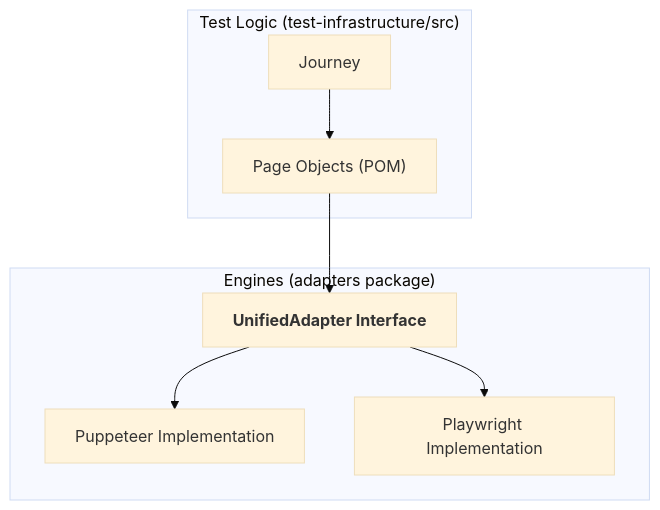
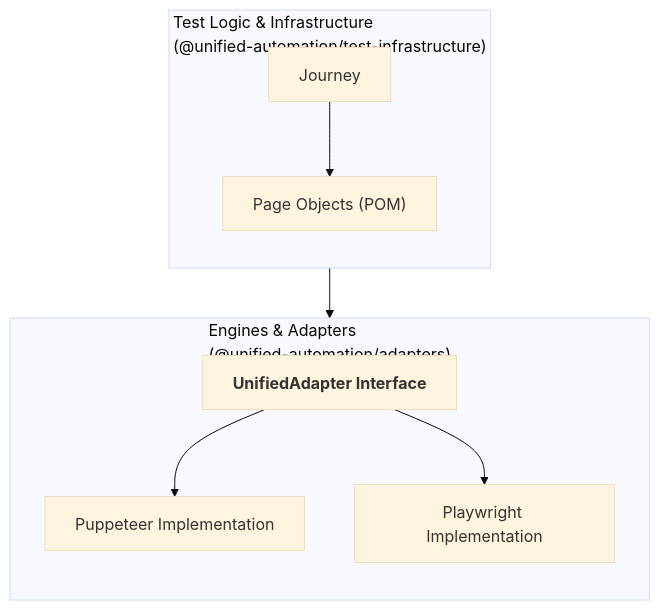
One commit to mechris3/unified-automation changed the diagram in README.md. Above: the diagram before and after it, drawn with Mermaid (base theme).

````diff
--- a/README.md
+++ b/README.md
@@ -191,13 +191,15 @@
 ```mermaid
 graph TD
-    subgraph "Test Logic (test-infrastructure/src)"
+    subgraph "Test Logic & Infrastructure<br/>(@unified-automation/test-infrastructure)"
+        direction TB
         J["Journey"] --> P["Page Objects (POM)"]
     end
     
     P --> BA["<b>UnifiedAdapter Interface</b>"]
     
-    subgraph "Engines (adapters package)"
+    subgraph "Engines & Adapters<br/>(@unified-automation/adapters)"
+        direction TB
         BA --> PA["Puppeteer Implementation"]
         BA --> PL["Playwright Implementation"]
     end
 ```
````
